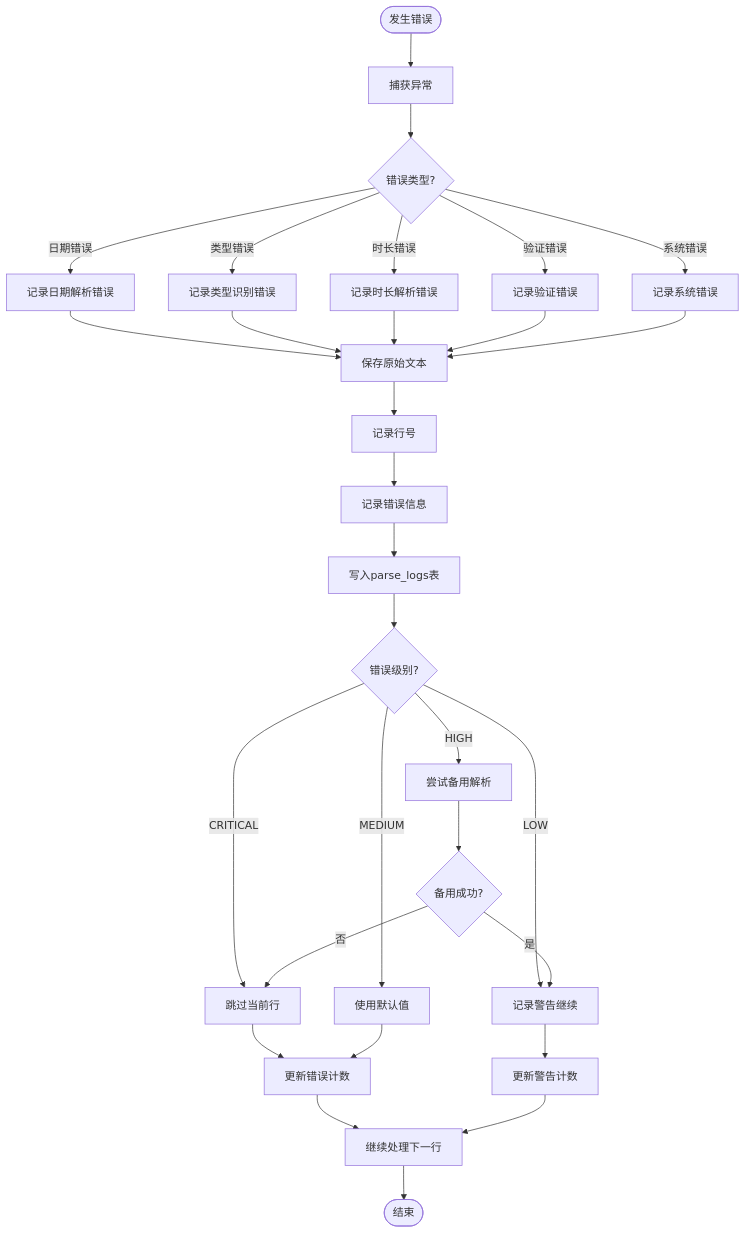
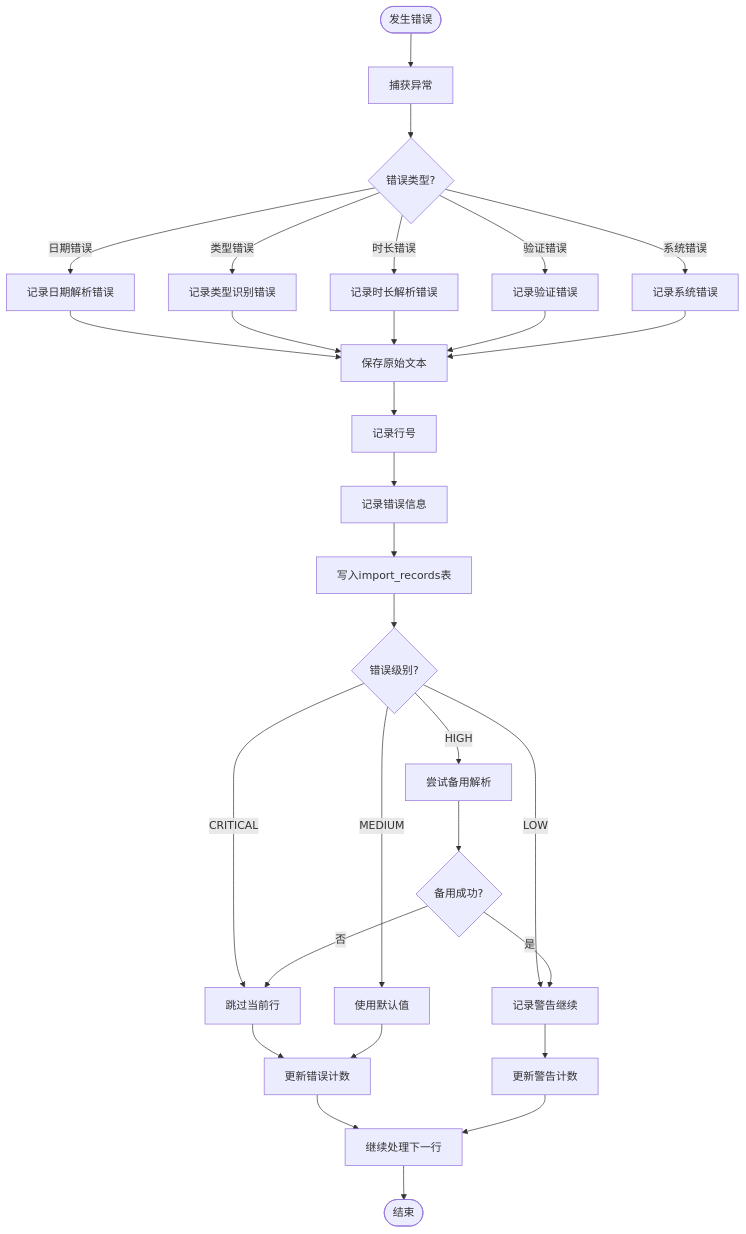
One commit to liushuo-rance/cal_worktree_test changed the eighth of 14 diagrams in docs/05-core-process-design.md. Above: the diagram before and after it, drawn with Mermaid. The commit also changed other lines of this file and 71 other files, not shown here.

````diff
--- a/docs/05-core-process-design.md
+++ b/docs/05-core-process-design.md
@@ -482,42 +488,42 @@
 ```mermaid
 flowchart TD
     Start([发生错误]) --> A[捕获异常]
     
     A --> B{错误类型?}
     
     B -->|日期错误| C[记录日期解析错误]
     B -->|类型错误| D[记录类型识别错误]
     B -->|时长错误| E[记录时长解析错误]
     B -->|验证错误| F[记录验证错误]
     B -->|系统错误| G[记录系统错误]
     
     C --> H[保存原始文本]
     D --> H
     E --> H
     F --> H
     G --> H
     
     H --> I[记录行号]
     I --> J[记录错误信息]
-    J --> K[写入parse_logs表]
+    J --> K[写入import_records表]
     
     K --> L{错误级别?}
     
     L -->|CRITICAL| M[跳过当前行]
     L -->|HIGH| N[尝试备用解析]
     L -->|MEDIUM| O[使用默认值]
     L -->|LOW| P[记录警告继续]
     
     N --> Q{备用成功?}
     Q -->|是| P
     Q -->|否| M
     
     M --> R[更新错误计数]
     O --> R
     P --> S[更新警告计数]
     
     R --> T[继续处理下一行]
     S --> T
     
     T --> End([结束])
 ```
````
